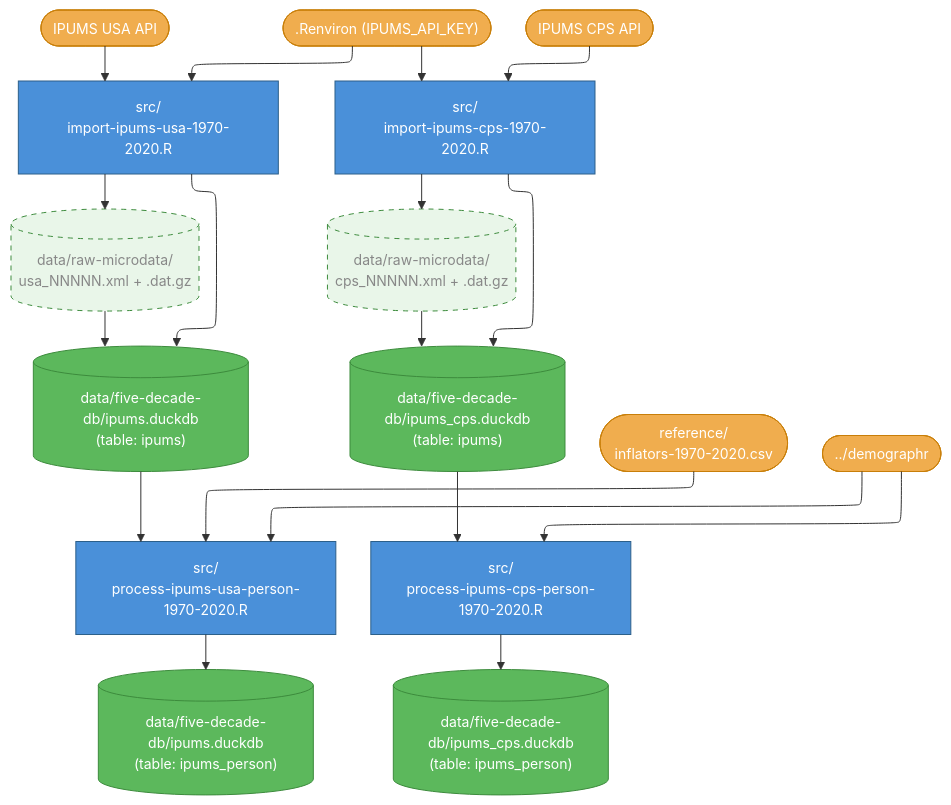
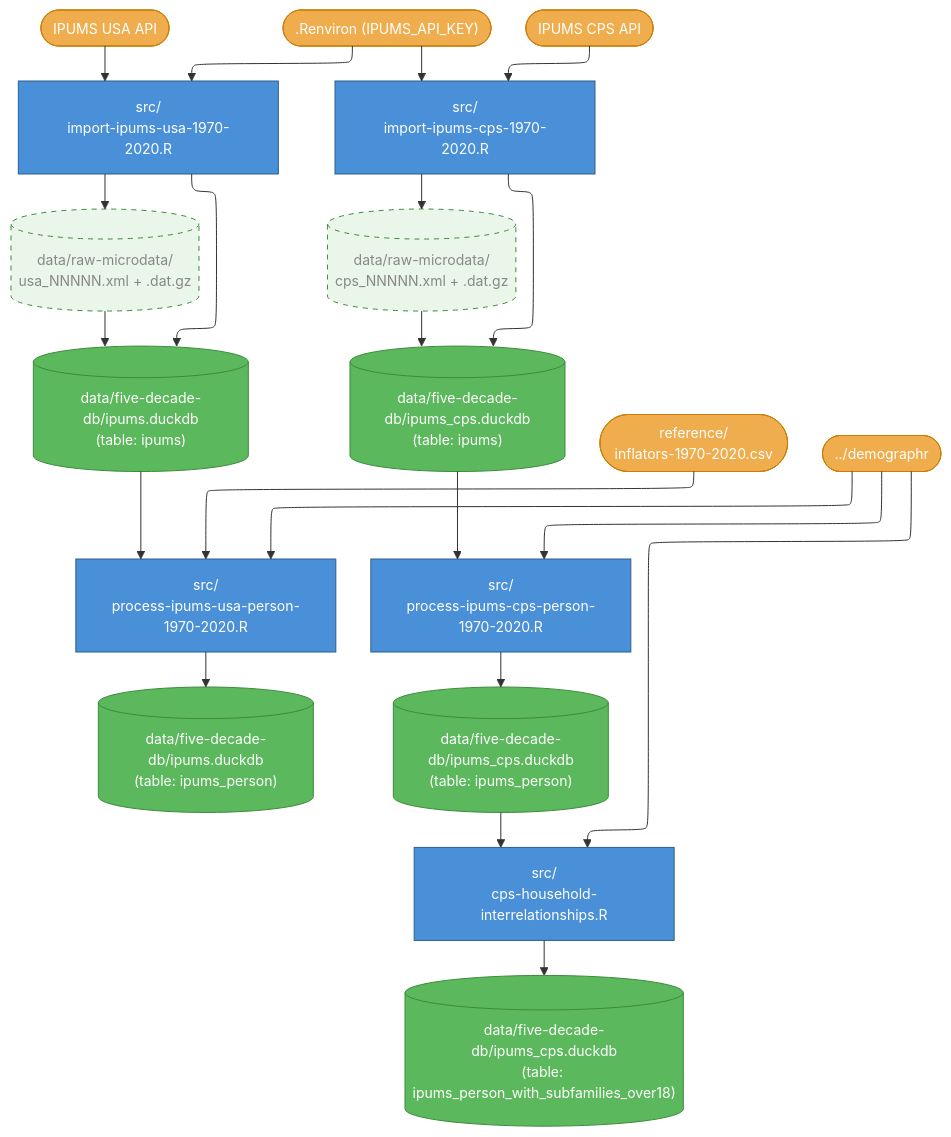
One commit to lorae/households-over-the-years changed the diagram in households-over-the-years/Data flow.md. Above: the diagram before and after it, drawn with Mermaid. The commit also changed 1 other file, not shown here.

Commit message:
refactor: move cps-household-interrelationships to src/, add header and diagram entry

````diff
--- a/households-over-the-years/Data flow.md
+++ b/households-over-the-years/Data flow.md
@@ -16,54 +16,62 @@
 ```mermaid
 %%{init: {"flowchart": {"defaultRenderer": "elk"}, "themeVariables": {"fontSize": "14px"}} }%%
 flowchart TD
     classDef script fill:#4a90d9,color:#fff,stroke:#2c5f8a
     classDef data fill:#5cb85c,color:#fff,stroke:#3d8b3d
     classDef intermediate fill:#5cb85c22,color:#888,stroke:#3d8b3d,stroke-dasharray:5 5
     classDef input fill:#f0ad4e,color:#fff,stroke:#c87f0a
 
     %% --- Top row: external inputs (order controls left-to-right placement) ---
     ipums_api(["IPUMS USA API"]):::input
     env([".Renviron (IPUMS_API_KEY)"]):::input
     cps_api(["IPUMS CPS API"]):::input
 
     %% --- Import: IPUMS USA ---
     import_usa["src/<br>import-ipums-usa-1970-2020.R"]:::script
     raw_usa[("data/raw-microdata/<br>usa_NNNNN.xml + .dat.gz")]:::intermediate
     ipums_db[("data/five-decade-db/ipums.duckdb<br>(table: ipums)")]:::data
 
     %% --- Import: IPUMS CPS ---
     import_cps["src/<br>import-ipums-cps-1970-2020.R"]:::script
     raw_cps[("data/raw-microdata/<br>cps_NNNNN.xml + .dat.gz")]:::intermediate
     cps_db[("data/five-decade-db/ipums_cps.duckdb<br>(table: ipums)")]:::data
 
     ipums_api --> import_usa
     env --> import_usa
     import_usa --> raw_usa
     import_usa --> ipums_db
     raw_usa --> ipums_db
 
     env --> import_cps
     cps_api --> import_cps
     import_cps --> raw_cps
     import_cps --> cps_db
     raw_cps --> cps_db
 
     %% --- Process: IPUMS USA person-level ---
     inflators(["reference/<br>inflators-1970-2020.csv"]):::input
     demographr(["../demographr"]):::input
     process_usa["src/<br>process-ipums-usa-person-1970-2020.R"]:::script
     ipums_person_db[("data/five-decade-db/ipums.duckdb<br>(table: ipums_person)")]:::data
 
     ipums_db --> process_usa
     inflators --> process_usa
     demographr --> process_usa
     process_usa --> ipums_person_db
 
     %% --- Process: IPUMS CPS person-level ---
     process_cps["src/<br>process-ipums-cps-person-1970-2020.R"]:::script
     cps_person_db[("data/five-decade-db/ipums_cps.duckdb<br>(table: ipums_person)")]:::data
 
     cps_db --> process_cps
     demographr --> process_cps
     process_cps --> cps_person_db
+
+    %% --- Process: CPS household interrelationships ---
+    cps_interrel["src/<br>cps-household-interrelationships.R"]:::script
+    cps_subfam_db[("data/five-decade-db/ipums_cps.duckdb<br>(table: ipums_person_with_subfamilies_over18)")]:::data
+
+    cps_person_db --> cps_interrel
+    demographr --> cps_interrel
+    cps_interrel --> cps_subfam_db
 ```
````
